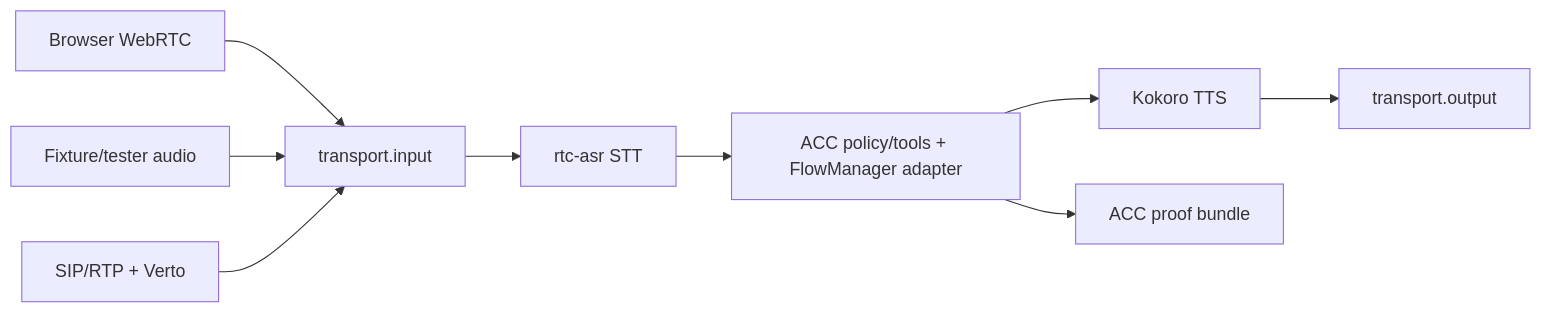
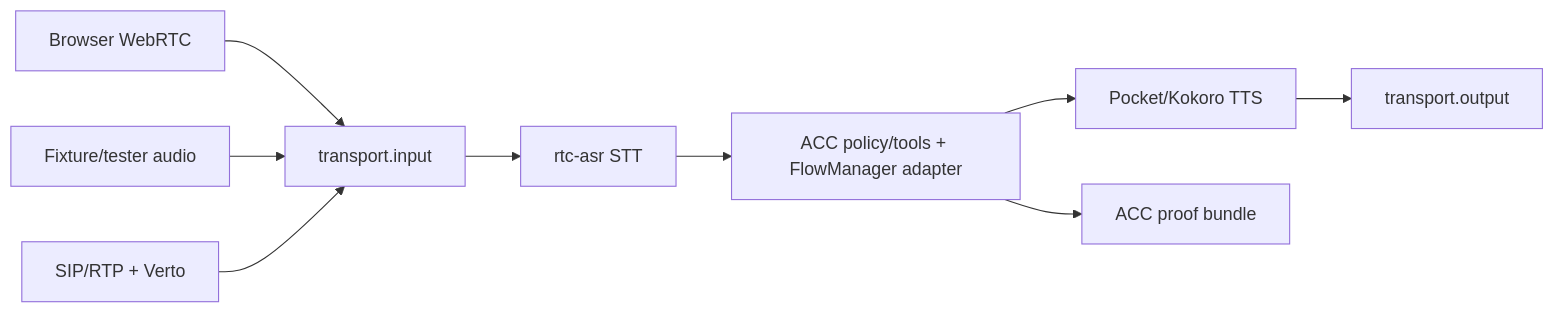
The third of 3 diagrams in README.md (agonza1/agentic-contact-center), drawn with Mermaid before and after one commit. The commit also changed other lines of this file and 20 other files, not shown here.

Commit message:
Add Pocket streaming TTS for ClueCon Pipecat

````diff
--- a/README.md
+++ b/README.md
@@ -70,18 +71,18 @@
 ```mermaid
 flowchart LR
   browser["Browser WebRTC"]
   fixture["Fixture/tester audio"]
   sip["SIP/RTP + Verto"]
   input["transport.input"]
   stt["rtc-asr STT"]
   acc["ACC policy/tools + FlowManager adapter"]
-  tts["Kokoro TTS"]
+  tts["Pocket/Kokoro TTS"]
   output["transport.output"]
   evidence["ACC proof bundle"]
 
   browser --> input
   fixture --> input
   sip --> input
   input --> stt --> acc --> tts --> output
   acc --> evidence
 ```
````
